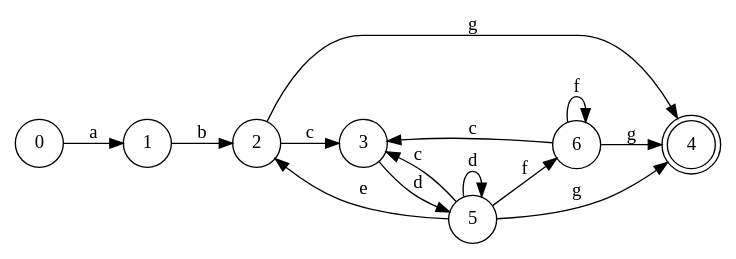
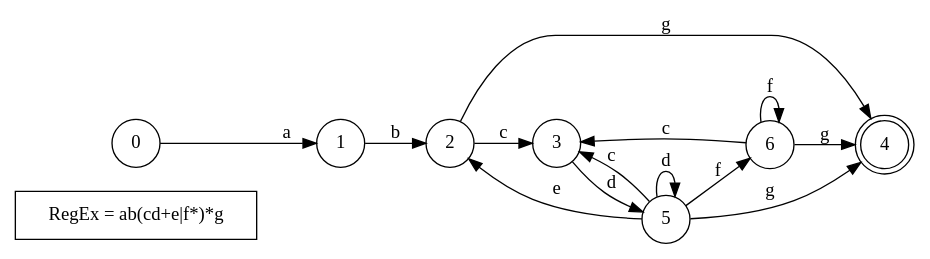
Before and after one commit to RonxBulld/Reg2FA: the diagram in Reg2FA/t.gv, drawn with Graphviz. The commit also changed 8 other files, not shown here.

```diff
--- a/Reg2FA/t.gv
+++ b/Reg2FA/t.gv
@@ -1,19 +1,20 @@
 digraph G
 {
 	rankdir = "LR";
 	node[shape=circle];
+	title[shape=box label="RegEx = ab(cd+e|f*)*g"];
 	4[shape=doublecircle];
 	0->1[label="a"];
 	1->2[label="b"];
 	2->3[label="c"];
 	2->4[label="g"];
 	3->5[label="d"];
 	5->3[label="c"];
 	5->5[label="d"];
 	5->2[label="e"];
 	5->6[label="f"];
 	5->4[label="g"];
 	6->3[label="c"];
 	6->6[label="f"];
 	6->4[label="g"];
 }
```
